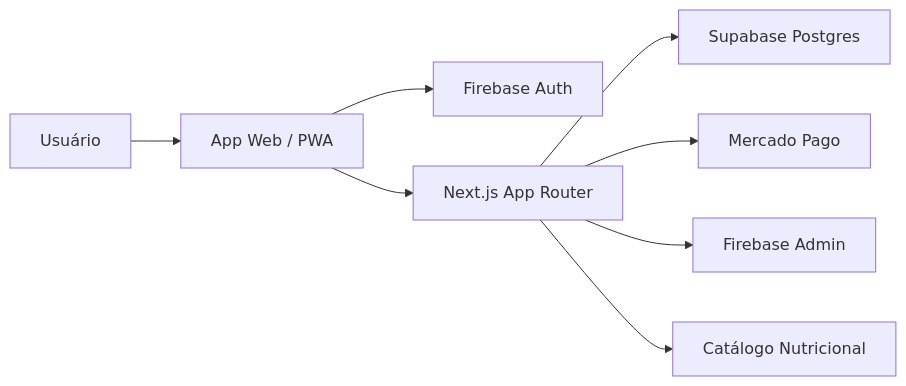
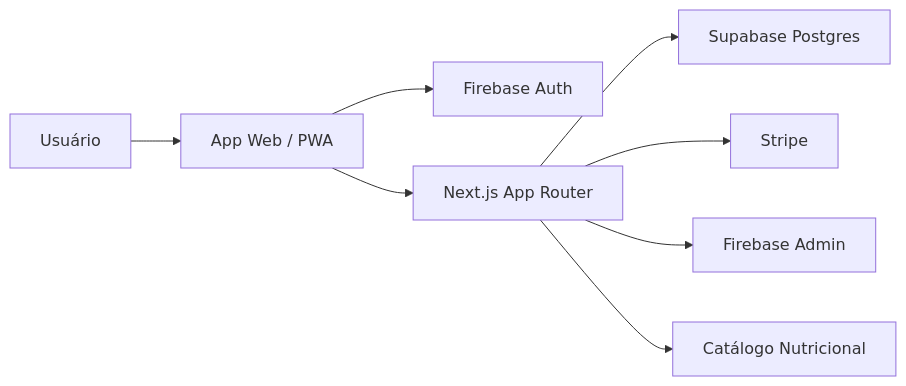
Before and after one commit to Ald3b4r4n/mountrack: the diagram in README.md, drawn with Mermaid. The commit also changed other lines of this file and 36 other files, not shown here.

````diff
--- a/README.md
+++ b/README.md
@@ -142,10 +142,10 @@
 ```mermaid
 flowchart LR
     U["Usuário"] --> W["App Web / PWA"]
     W --> A["Firebase Auth"]
     W --> N["Next.js App Router"]
     N --> P["Supabase Postgres"]
-    N --> M["Mercado Pago"]
+    N --> S["Stripe"]
     N --> F["Firebase Admin"]
     N --> C["Catálogo Nutricional"]
 ```
````
